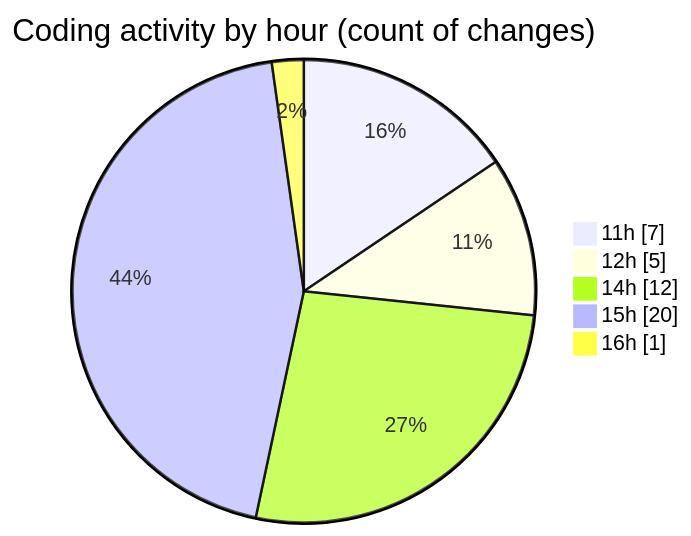
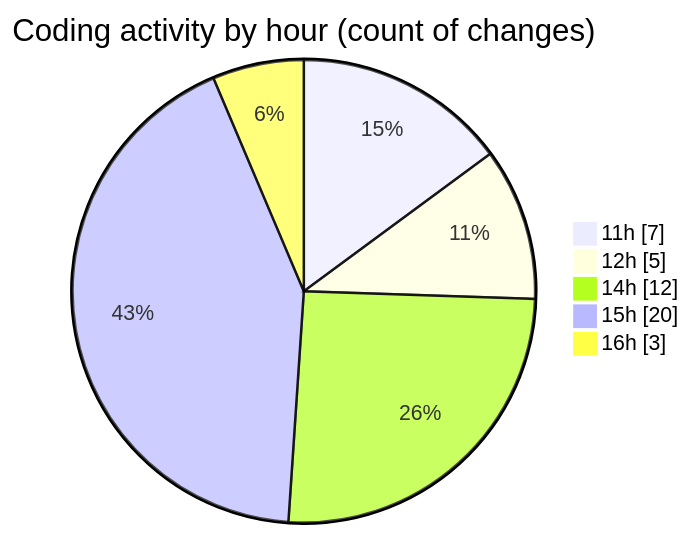
One commit to debugP/code-tracking changed the second of 2 diagrams in 2025-10-22/untitled__workspace_/README.md. Above: the diagram before and after it, drawn with Mermaid. The commit also changed other lines of this file and 1 other file, not shown here.

````diff
--- a/2025-10-22/untitled__workspace_/README.md
+++ b/2025-10-22/untitled__workspace_/README.md
@@ -30,9 +31,9 @@
 ```mermaid
 pie showData
 title Coding activity by hour (count of changes)
 "11h" : 7
 "12h" : 5
 "14h" : 12
 "15h" : 20
-"16h" : 1
+"16h" : 3
 ```
````
